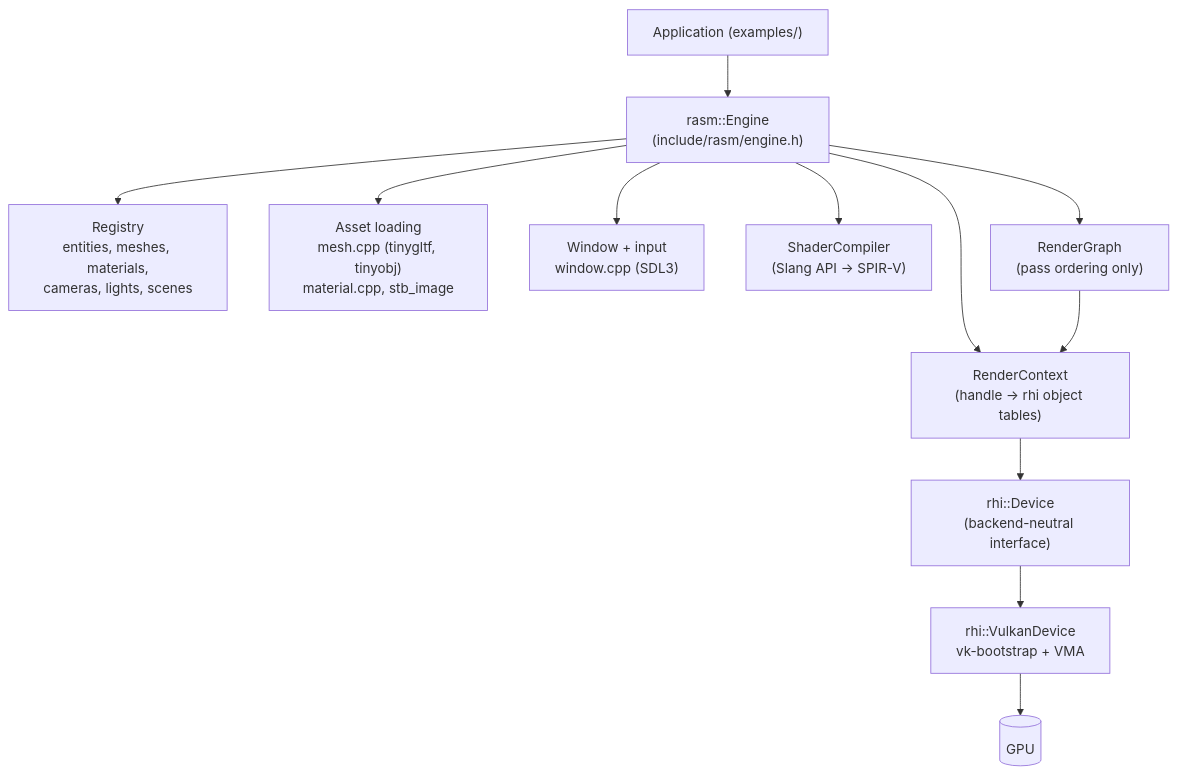
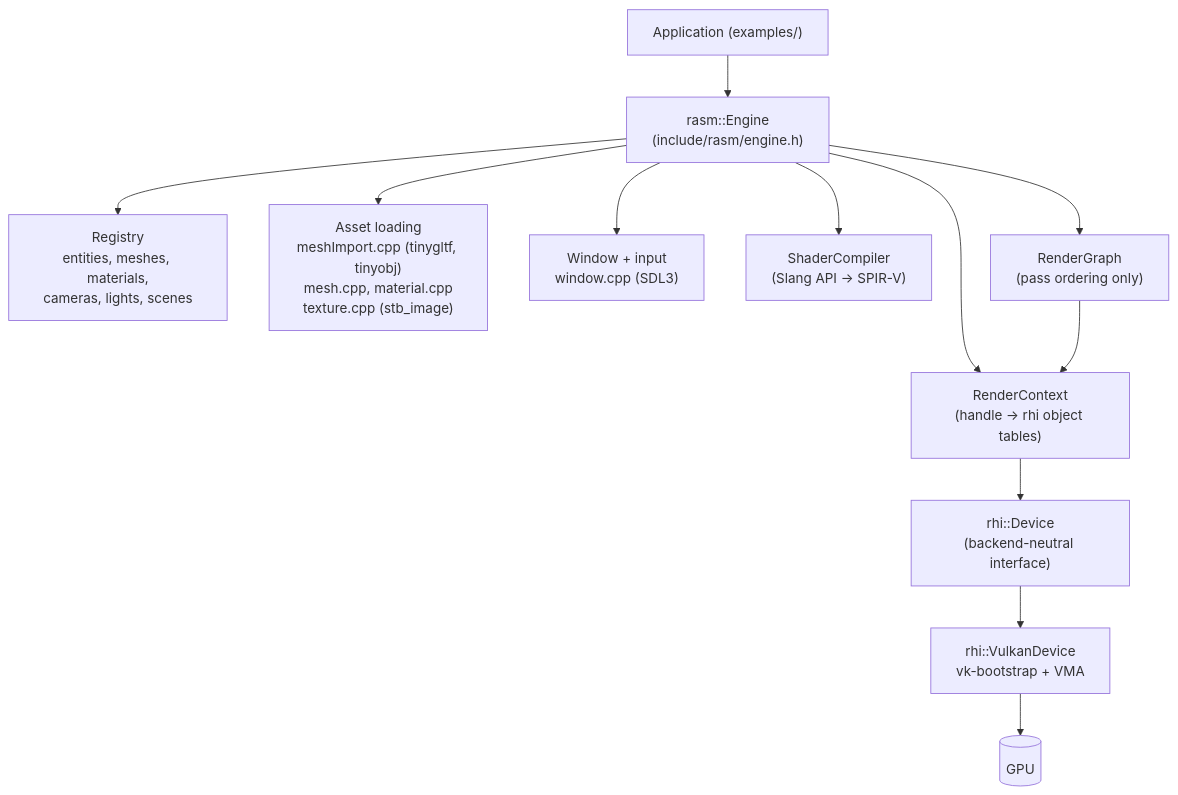
The first of 3 diagrams in docs/architecture.md (adel-elmala/rasm), drawn with Mermaid before and after one commit. The commit also changed other lines of this file and 18 other files, not shown here.

````diff
--- a/docs/architecture.md
+++ b/docs/architecture.md
@@ -9,14 +9,14 @@
 ```mermaid
 flowchart TD
     App["Application (examples/)"] --> Engine["rasm::Engine<br/>(include/rasm/engine.h)"]
     Engine --> Registry["Registry<br/>entities, meshes, materials,<br/>cameras, lights, scenes"]
-    Engine --> Assets["Asset loading<br/>mesh.cpp (tinygltf, tinyobj)<br/>material.cpp, stb_image"]
+    Engine --> Assets["Asset loading<br/>meshImport.cpp (tinygltf, tinyobj)<br/>mesh.cpp, material.cpp<br/>texture.cpp (stb_image)"]
     Engine --> Platform["Window + input<br/>window.cpp (SDL3)"]
     Engine --> SC["ShaderCompiler<br/>(Slang API → SPIR-V)"]
     Engine --> RG["RenderGraph<br/>(pass ordering only)"]
     Engine --> RC["RenderContext<br/>(handle → rhi object tables)"]
     RG --> RC
     RC --> DEV["rhi::Device<br/>(backend-neutral interface)"]
     DEV --> VK["rhi::VulkanDevice<br/>vk-bootstrap + VMA"]
     VK --> GPU[(GPU)]
 ```
````
